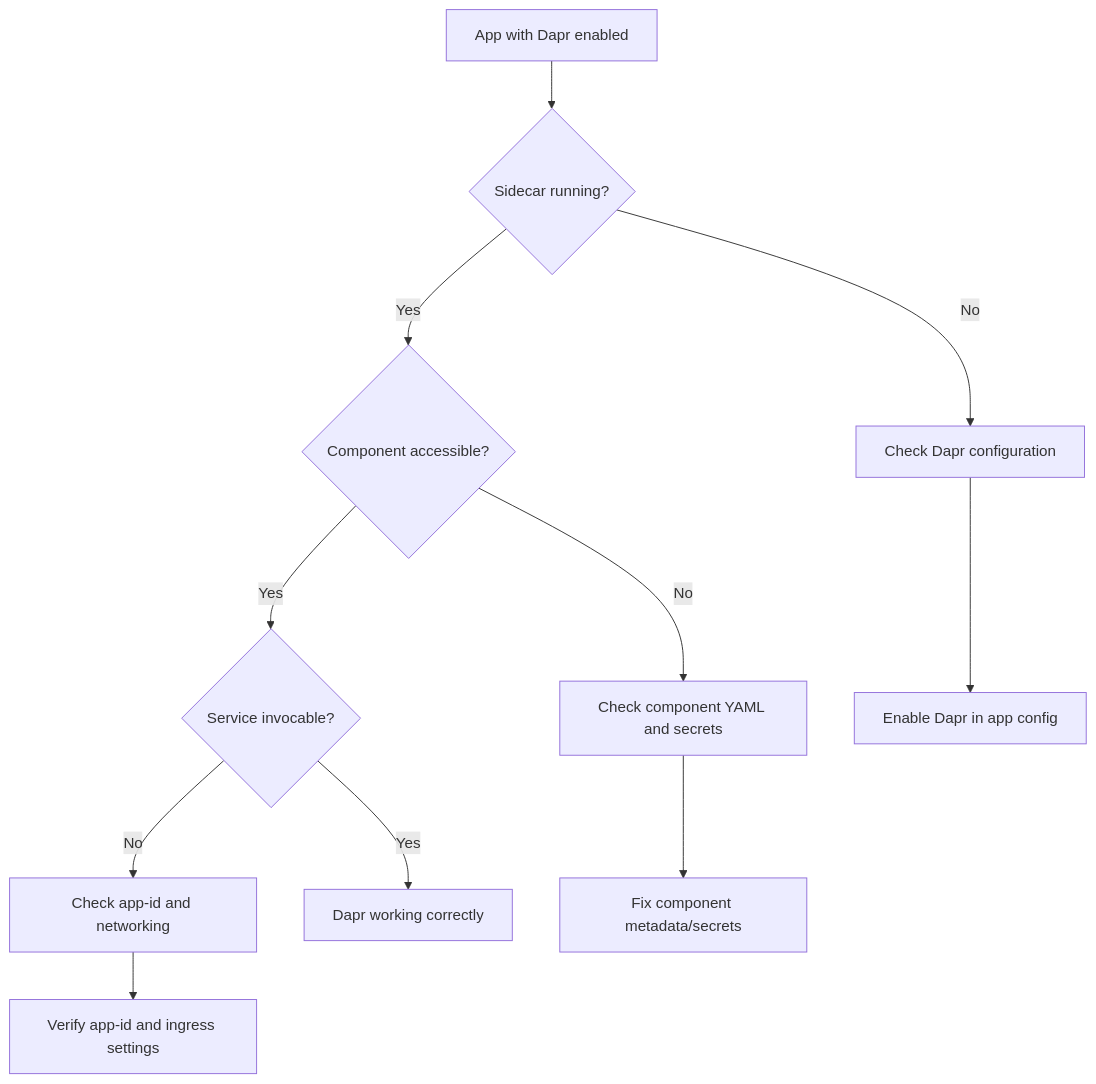
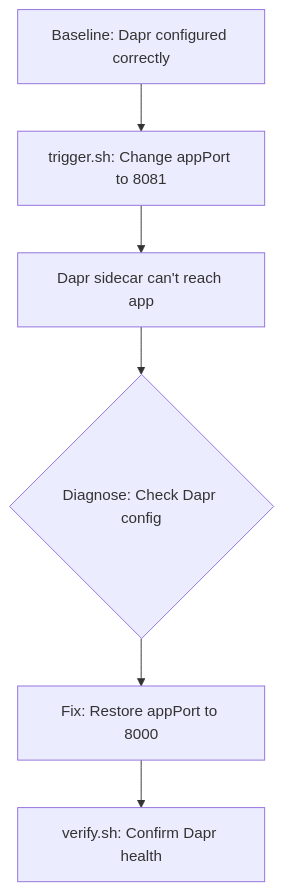
The first of 2 diagrams in docs/troubleshooting/lab-guides/dapr-integration.md (yeongseon/azure-container-apps-practical-guide), drawn with Mermaid before and after one commit. The commit also changed other lines of this file and 12 other files, not shown here.

````diff
--- a/docs/troubleshooting/lab-guides/dapr-integration.md
+++ b/docs/troubleshooting/lab-guides/dapr-integration.md
@@ -48,13 +50,8 @@
 ```mermaid
 flowchart TD
-    A[App with Dapr enabled] --> B{Sidecar running?}
-    B -->|No| C[Check Dapr configuration]
-    B -->|Yes| D{Component accessible?}
-    D -->|No| E[Check component YAML and secrets]
-    D -->|Yes| F{Service invocable?}
-    F -->|No| G[Check app-id and networking]
-    F -->|Yes| H[Dapr working correctly]
-    C --> I[Enable Dapr in app config]
-    E --> J[Fix component metadata/secrets]
-    G --> K[Verify app-id and ingress settings]
+    A[Baseline: Dapr configured correctly] --> B[trigger.sh: Change appPort to 8081]
+    B --> C[Dapr sidecar can't reach app]
+    C --> D{Diagnose: Check Dapr config}
+    D --> E[Fix: Restore appPort to 8000]
+    E --> F[verify.sh: Confirm Dapr health]
 ```
````
